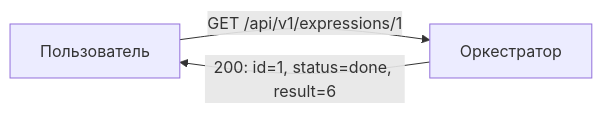
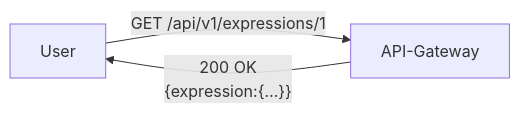
One commit to golkity/Calc_2.0 changed the ninth of 10 diagrams in Readme.md. Above: the diagram before and after it, drawn with Mermaid. The commit also changed other lines of this file, not shown here.

````diff
--- a/Readme.md
+++ b/Readme.md
@@ -215,5 +297,5 @@
 ```mermaid
 flowchart LR
-    U[Пользователь] -->|GET /api/v1/expressions/1| O[Оркестратор]
-    O -->|200: id=1, status=done, result=6| U
+    U[User] -->|"GET /api/v1/expressions/1"| G[API-Gateway]
+    G -->|"200 OK\n{expression:{…}}"| U
 ```
````
